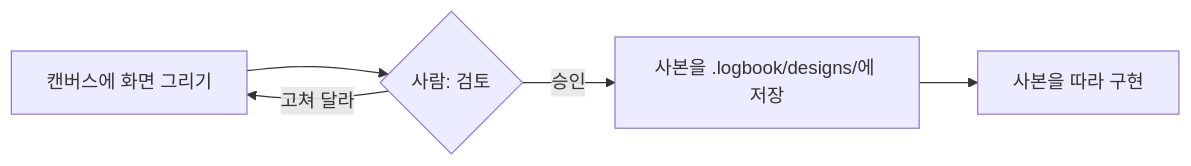
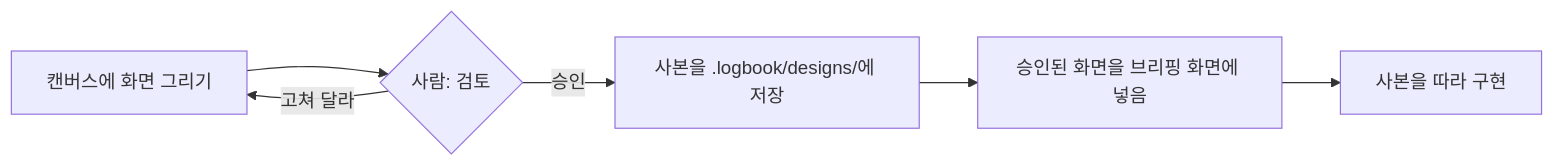
The fifth of 8 diagrams in docs/system/flows.md (dincal/agent_logbook), drawn with Mermaid before and after one commit. The commit also changed other lines of this file and 8 other files, not shown here.

````diff
--- a/docs/system/flows.md
+++ b/docs/system/flows.md
@@ -137,7 +149,8 @@
 ```mermaid
 flowchart LR
   A["캔버스에 화면 그리기"] --> B{"사람: 검토"}
   B -->|"고쳐 달라"| A
   B -->|"승인"| C["사본을 .logbook/designs/에 저장"]
-  C --> D["사본을 따라 구현"]
+  C --> P["승인된 화면을 브리핑 화면에 넣음"]
+  P --> D["사본을 따라 구현"]
 ```
````
